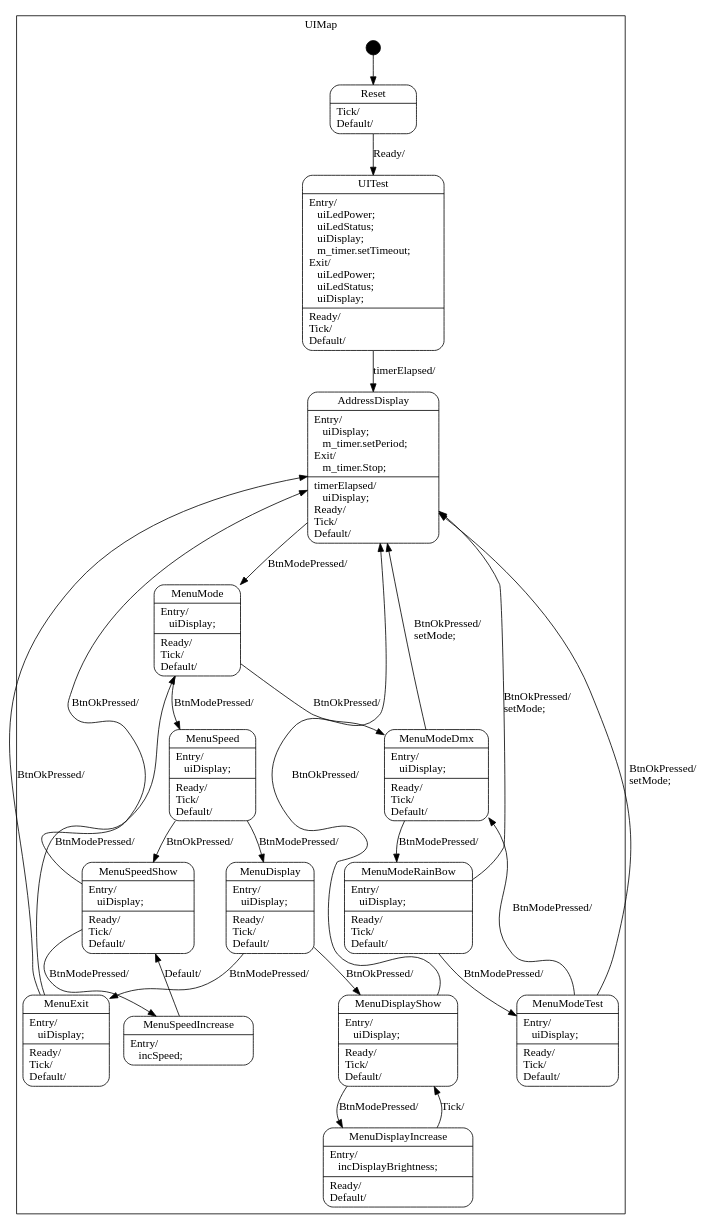
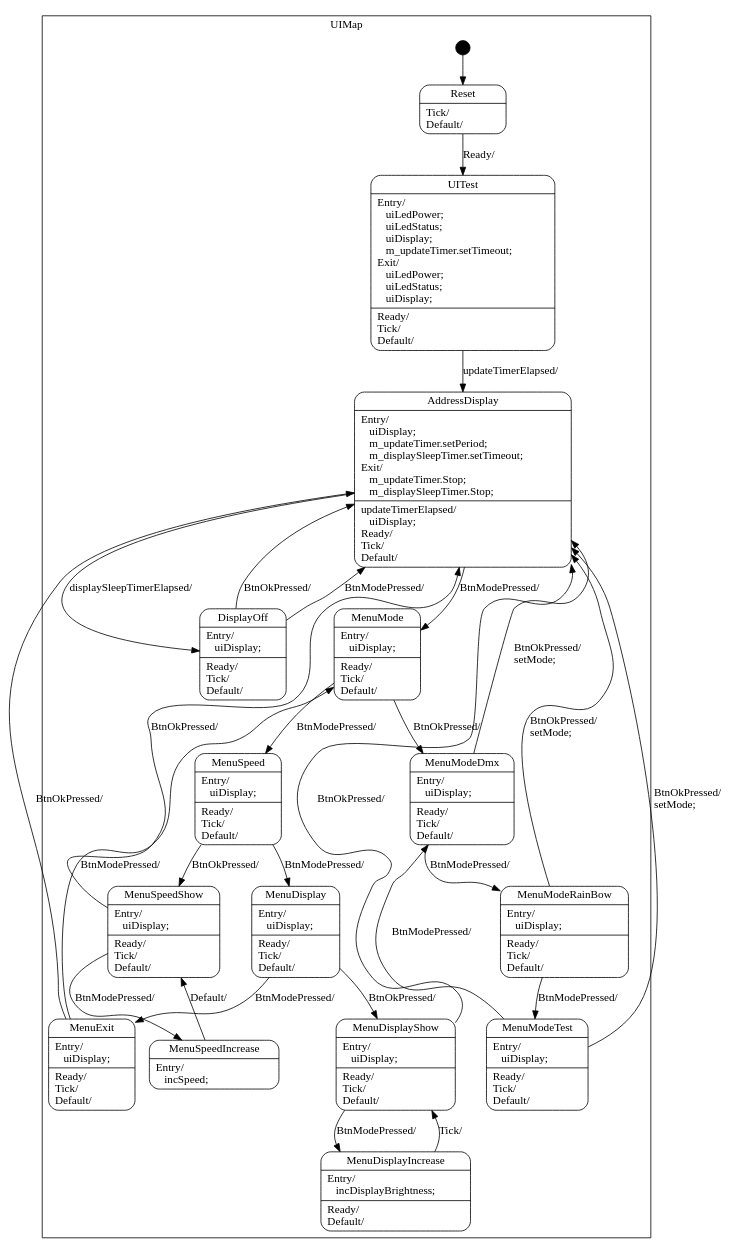
Before and after one commit to EmbeddedSystemClass/FootlooseLogoController: the diagram in SMC/UserInterfaceFSM.dot, drawn with Graphviz. The commit also changed 12 other files, not shown here.

Commit message:
Added effect controller to user interface, added new test effect, added effect mode selection

```diff
--- a/SMC/UserInterfaceFSM.dot
+++ b/SMC/UserInterfaceFSM.dot
@@ -1,135 +1,148 @@
 digraph UserInterface {
 
     node
         [shape=Mrecord width=1.5];
 
     subgraph cluster_UIMap {
 
         label="UIMap";
 
         //
         // States (Nodes)
         //
 
         "UIMap::Reset"
             [label="{Reset|Tick/\lDefault/\l}"];
 
         "UIMap::UITest"
-            [label="{UITest|Entry/\l&nbsp;&nbsp;&nbsp;uiLedPower;\l&nbsp;&nbsp;&nbsp;uiLedStatus;\l&nbsp;&nbsp;&nbsp;uiDisplay;\l&nbsp;&nbsp;&nbsp;m_timer.setTimeout;\lExit/\l&nbsp;&nbsp;&nbsp;uiLedPower;\l&nbsp;&nbsp;&nbsp;uiLedStatus;\l&nbsp;&nbsp;&nbsp;uiDisplay;\l|Ready/\lTick/\lDefault/\l}"];
+            [label="{UITest|Entry/\l&nbsp;&nbsp;&nbsp;uiLedPower;\l&nbsp;&nbsp;&nbsp;uiLedStatus;\l&nbsp;&nbsp;&nbsp;uiDisplay;\l&nbsp;&nbsp;&nbsp;m_updateTimer.setTimeout;\lExit/\l&nbsp;&nbsp;&nbsp;uiLedPower;\l&nbsp;&nbsp;&nbsp;uiLedStatus;\l&nbsp;&nbsp;&nbsp;uiDisplay;\l|Ready/\lTick/\lDefault/\l}"];
 
         "UIMap::AddressDisplay"
-            [label="{AddressDisplay|Entry/\l&nbsp;&nbsp;&nbsp;uiDisplay;\l&nbsp;&nbsp;&nbsp;m_timer.setPeriod;\lExit/\l&nbsp;&nbsp;&nbsp;m_timer.Stop;\l|timerElapsed/\l&nbsp;&nbsp;&nbsp;uiDisplay;\lReady/\lTick/\lDefault/\l}"];
+            [label="{AddressDisplay|Entry/\l&nbsp;&nbsp;&nbsp;uiDisplay;\l&nbsp;&nbsp;&nbsp;m_updateTimer.setPeriod;\l&nbsp;&nbsp;&nbsp;m_displaySleepTimer.setTimeout;\lExit/\l&nbsp;&nbsp;&nbsp;m_updateTimer.Stop;\l&nbsp;&nbsp;&nbsp;m_displaySleepTimer.Stop;\l|updateTimerElapsed/\l&nbsp;&nbsp;&nbsp;uiDisplay;\lReady/\lTick/\lDefault/\l}"];
+
+        "UIMap::DisplayOff"
+            [label="{DisplayOff|Entry/\l&nbsp;&nbsp;&nbsp;uiDisplay;\l|Ready/\lTick/\lDefault/\l}"];
 
         "UIMap::MenuMode"
             [label="{MenuMode|Entry/\l&nbsp;&nbsp;&nbsp;uiDisplay;\l|Ready/\lTick/\lDefault/\l}"];
 
         "UIMap::MenuSpeed"
             [label="{MenuSpeed|Entry/\l&nbsp;&nbsp;&nbsp;uiDisplay;\l|Ready/\lTick/\lDefault/\l}"];
 
         "UIMap::MenuDisplay"
             [label="{MenuDisplay|Entry/\l&nbsp;&nbsp;&nbsp;uiDisplay;\l|Ready/\lTick/\lDefault/\l}"];
 
         "UIMap::MenuExit"
             [label="{MenuExit|Entry/\l&nbsp;&nbsp;&nbsp;uiDisplay;\l|Ready/\lTick/\lDefault/\l}"];
 
         "UIMap::MenuModeDmx"
             [label="{MenuModeDmx|Entry/\l&nbsp;&nbsp;&nbsp;uiDisplay;\l|Ready/\lTick/\lDefault/\l}"];
 
         "UIMap::MenuModeRainBow"
             [label="{MenuModeRainBow|Entry/\l&nbsp;&nbsp;&nbsp;uiDisplay;\l|Ready/\lTick/\lDefault/\l}"];
 
         "UIMap::MenuModeTest"
             [label="{MenuModeTest|Entry/\l&nbsp;&nbsp;&nbsp;uiDisplay;\l|Ready/\lTick/\lDefault/\l}"];
 
         "UIMap::MenuSpeedShow"
             [label="{MenuSpeedShow|Entry/\l&nbsp;&nbsp;&nbsp;uiDisplay;\l|Ready/\lTick/\lDefault/\l}"];
 
         "UIMap::MenuSpeedIncrease"
             [label="{MenuSpeedIncrease|Entry/\l&nbsp;&nbsp;&nbsp;incSpeed;\l}"];
 
         "UIMap::MenuDisplayShow"
             [label="{MenuDisplayShow|Entry/\l&nbsp;&nbsp;&nbsp;uiDisplay;\l|Ready/\lTick/\lDefault/\l}"];
 
         "UIMap::MenuDisplayIncrease"
             [label="{MenuDisplayIncrease|Entry/\l&nbsp;&nbsp;&nbsp;incDisplayBrightness;\l|Ready/\lDefault/\l}"];
 
         "%start"
             [label="" shape=circle style=filled fillcolor=black width=0.25];
 
-        //
-        // Transitions (Edges)
-        //
-
-        "UIMap::Reset" -> "UIMap::UITest"
-            [label="Ready/\l"];
-
-        "UIMap::UITest" -> "UIMap::AddressDisplay"
-            [label="timerElapsed/\l"];
-
-        "UIMap::AddressDisplay" -> "UIMap::MenuMode"
-            [label="BtnModePressed/\l"];
-
-        "UIMap::MenuMode" -> "UIMap::MenuModeDmx"
-            [label="BtnOkPressed/\l"];
-
-        "UIMap::MenuMode" -> "UIMap::MenuSpeed"
-            [label="BtnModePressed/\l"];
-
-        "UIMap::MenuSpeed" -> "UIMap::MenuSpeedShow"
-            [label="BtnOkPressed/\l"];
-
-        "UIMap::MenuSpeed" -> "UIMap::MenuDisplay"
-            [label="BtnModePressed/\l"];
-
-        "UIMap::MenuDisplay" -> "UIMap::MenuDisplayShow"
-            [label="BtnOkPressed/\l"];
-
-        "UIMap::MenuDisplay" -> "UIMap::MenuExit"
-            [label="BtnModePressed/\l"];
-
-        "UIMap::MenuExit" -> "UIMap::AddressDisplay"
-            [label="BtnOkPressed/\l"];
-
-        "UIMap::MenuExit" -> "UIMap::MenuMode"
-            [label="BtnModePressed/\l"];
-
-        "UIMap::MenuModeDmx" -> "UIMap::MenuModeRainBow"
-            [label="BtnModePressed/\l"];
-
-        "UIMap::MenuModeDmx" -> "UIMap::AddressDisplay"
-            [label="BtnOkPressed/\lsetMode;\l"];
-
-        "UIMap::MenuModeRainBow" -> "UIMap::MenuModeTest"
-            [label="BtnModePressed/\l"];
-
-        "UIMap::MenuModeRainBow" -> "UIMap::AddressDisplay"
-            [label="BtnOkPressed/\lsetMode;\l"];
-
-        "UIMap::MenuModeTest" -> "UIMap::MenuModeDmx"
-            [label="BtnModePressed/\l"];
-
-        "UIMap::MenuModeTest" -> "UIMap::AddressDisplay"
-            [label="BtnOkPressed/\lsetMode;\l"];
-
-        "UIMap::MenuSpeedShow" -> "UIMap::MenuSpeedIncrease"
-            [label="BtnModePressed/\l"];
-
-        "UIMap::MenuSpeedShow" -> "UIMap::AddressDisplay"
-            [label="BtnOkPressed/\l"];
-
-        "UIMap::MenuSpeedIncrease" -> "UIMap::MenuSpeedShow"
-            [label="Default/\l"];
-
-        "UIMap::MenuDisplayShow" -> "UIMap::MenuDisplayIncrease"
-            [label="BtnModePressed/\l"];
-
-        "UIMap::MenuDisplayShow" -> "UIMap::AddressDisplay"
-            [label="BtnOkPressed/\l"];
-
-        "UIMap::MenuDisplayIncrease" -> "UIMap::MenuDisplayShow"
-            [label="Tick/\l"];
-
-        "%start" -> "UIMap::Reset"
     }
 
+    //
+    // Transitions (Edges)
+    //
+
+    "UIMap::Reset" -> "UIMap::UITest"
+        [label="Ready/\l"];
+
+    "UIMap::UITest" -> "UIMap::AddressDisplay"
+        [label="updateTimerElapsed/\l"];
+
+    "UIMap::AddressDisplay" -> "UIMap::DisplayOff"
+        [label="displaySleepTimerElapsed/\l"];
+
+    "UIMap::AddressDisplay" -> "UIMap::MenuMode"
+        [label="BtnModePressed/\l"];
+
+    "UIMap::DisplayOff" -> "UIMap::AddressDisplay"
+        [label="BtnOkPressed/\l"];
+
+    "UIMap::DisplayOff" -> "UIMap::AddressDisplay"
+        [label="BtnModePressed/\l"];
+
+    "UIMap::MenuMode" -> "UIMap::MenuModeDmx"
+        [label="BtnOkPressed/\l"];
+
+    "UIMap::MenuMode" -> "UIMap::MenuSpeed"
+        [label="BtnModePressed/\l"];
+
+    "UIMap::MenuSpeed" -> "UIMap::MenuSpeedShow"
+        [label="BtnOkPressed/\l"];
+
+    "UIMap::MenuSpeed" -> "UIMap::MenuDisplay"
+        [label="BtnModePressed/\l"];
+
+    "UIMap::MenuDisplay" -> "UIMap::MenuDisplayShow"
+        [label="BtnOkPressed/\l"];
+
+    "UIMap::MenuDisplay" -> "UIMap::MenuExit"
+        [label="BtnModePressed/\l"];
+
+    "UIMap::MenuExit" -> "UIMap::AddressDisplay"
+        [label="BtnOkPressed/\l"];
+
+    "UIMap::MenuExit" -> "UIMap::MenuMode"
+        [label="BtnModePressed/\l"];
+
+    "UIMap::MenuModeDmx" -> "UIMap::MenuModeRainBow"
+        [label="BtnModePressed/\l"];
+
+    "UIMap::MenuModeDmx" -> "UIMap::AddressDisplay"
+        [label="BtnOkPressed/\lsetMode;\l"];
+
+    "UIMap::MenuModeRainBow" -> "UIMap::MenuModeTest"
+        [label="BtnModePressed/\l"];
+
+    "UIMap::MenuModeRainBow" -> "UIMap::AddressDisplay"
+        [label="BtnOkPressed/\lsetMode;\l"];
+
+    "UIMap::MenuModeTest" -> "UIMap::MenuModeDmx"
+        [label="BtnModePressed/\l"];
+
+    "UIMap::MenuModeTest" -> "UIMap::AddressDisplay"
+        [label="BtnOkPressed/\lsetMode;\l"];
+
+    "UIMap::MenuSpeedShow" -> "UIMap::MenuSpeedIncrease"
+        [label="BtnModePressed/\l"];
+
+    "UIMap::MenuSpeedShow" -> "UIMap::AddressDisplay"
+        [label="BtnOkPressed/\l"];
+
+    "UIMap::MenuSpeedIncrease" -> "UIMap::MenuSpeedShow"
+        [label="Default/\l"];
+
+    "UIMap::MenuDisplayShow" -> "UIMap::MenuDisplayIncrease"
+        [label="BtnModePressed/\l"];
+
+    "UIMap::MenuDisplayShow" -> "UIMap::AddressDisplay"
+        [label="BtnOkPressed/\l"];
+
+    "UIMap::MenuDisplayIncrease" -> "UIMap::MenuDisplayShow"
+        [label="Tick/\l"];
+
+    "%start" -> "UIMap::Reset"
+
 }
```
